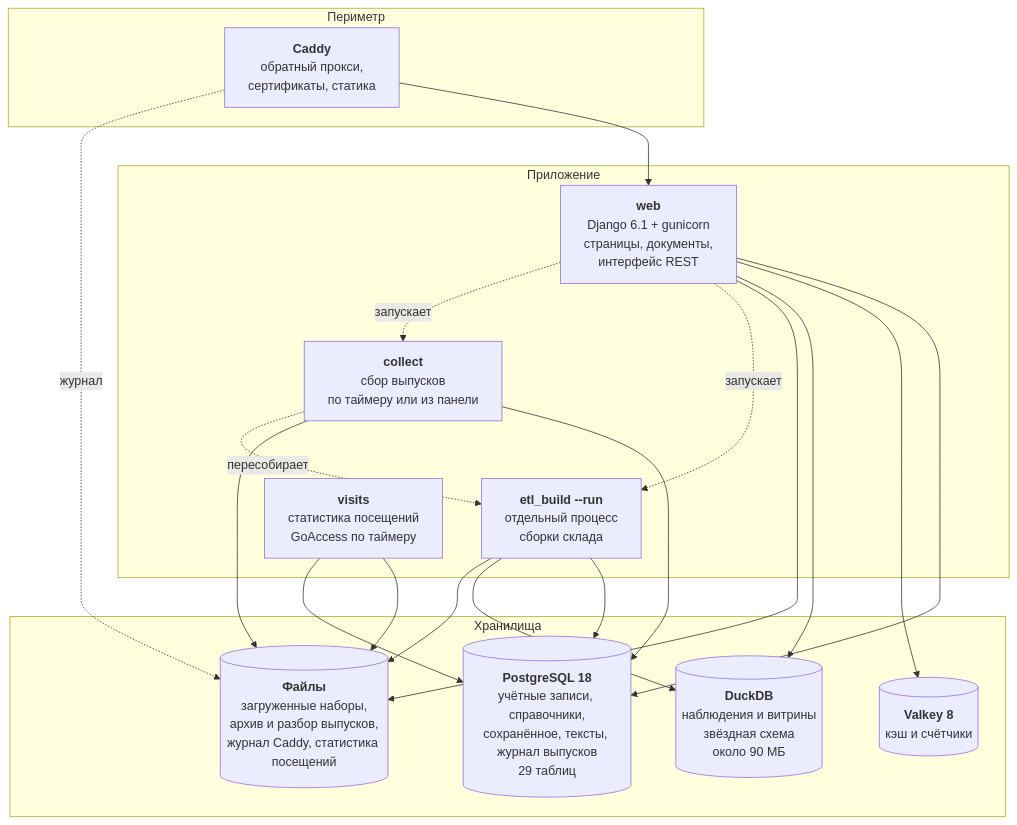
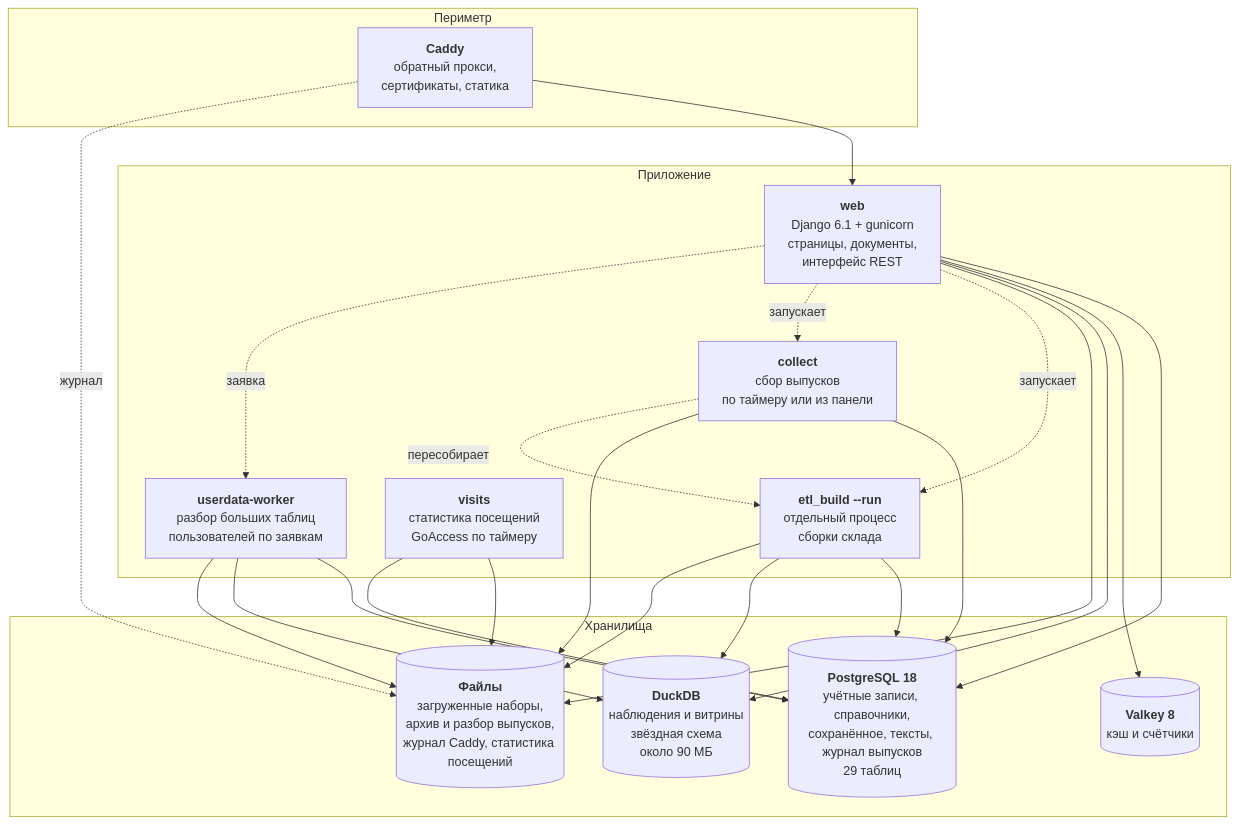
One commit to ht2473/RegionLens_v2 changed the second of 8 diagrams in docs/ARCHITECTURE.md. Above: the diagram before and after it, drawn with Mermaid. The commit also changed other lines of this file and 4 other files, not shown here.

````diff
--- a/docs/ARCHITECTURE.md
+++ b/docs/ARCHITECTURE.md
@@ -42,37 +42,42 @@
 ```mermaid
 graph TB
     subgraph edge["Периметр"]
         caddy["<b>Caddy</b><br/>обратный прокси,<br/>сертификаты, статика"]
     end
 
     subgraph app["Приложение"]
         web["<b>web</b><br/>Django 6.1 + gunicorn<br/>страницы, документы,<br/>интерфейс REST"]
         build["<b>etl_build --run</b><br/>отдельный процесс<br/>сборки склада"]
         collector["<b>collect</b><br/>сбор выпусков<br/>по таймеру или из панели"]
         visits["<b>visits</b><br/>статистика посещений<br/>GoAccess по таймеру"]
+        worker["<b>userdata-worker</b><br/>разбор больших таблиц<br/>пользователей по заявкам"]
     end
 
     subgraph storage["Хранилища"]
         pg[("<b>PostgreSQL 18</b><br/>учётные записи, справочники,<br/>сохранённое, тексты, журнал выпусков<br/>29 таблиц")]
         valkey[("<b>Valkey 8</b><br/>кэш и счётчики")]
         duck[("<b>DuckDB</b><br/>наблюдения и витрины<br/>звёздная схема<br/>около 90 МБ")]
         files[("<b>Файлы</b><br/>загруженные наборы,<br/>архив и разбор выпусков,<br/>журнал Caddy, статистика посещений")]
     end
 
     caddy --> web
     web --> pg
     web --> valkey
     web --> duck
     web --> files
     web -. запускает .-> build
     web -. запускает .-> collector
+    web -. заявка .-> worker
+    worker --> pg
+    worker --> duck
+    worker --> files
     build --> pg
     build --> duck
     build --> files
     collector --> pg
     collector --> files
     collector -. пересобирает .-> build
     caddy -. журнал .-> files
     visits --> files
     visits --> pg
 ```
````
